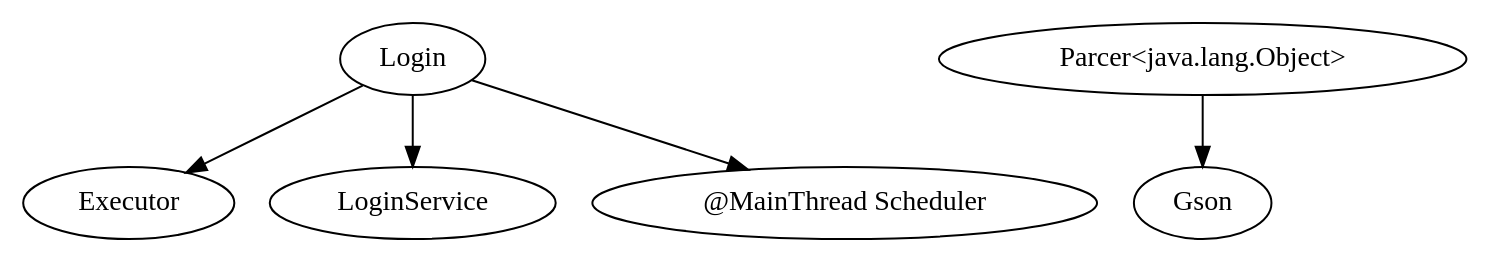
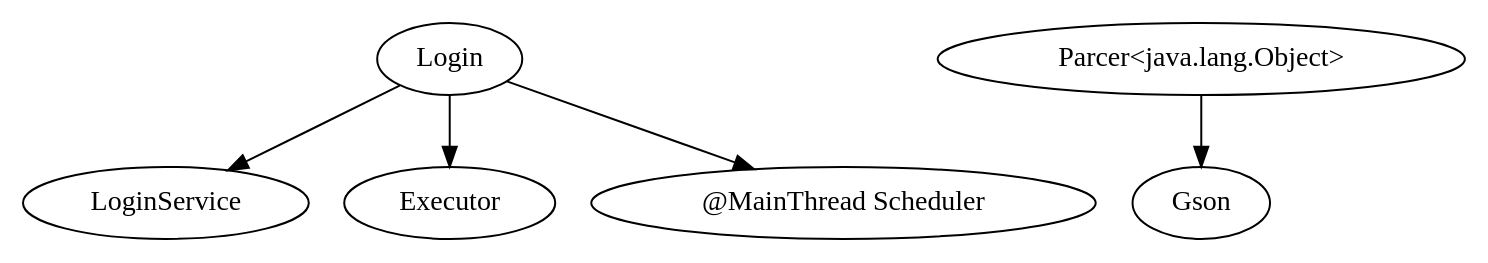
One commit to ganesansays/Topaz-Mortar changed the diagram in target/generated-sources/annotations/com/example/mortar/core/ApplicationModule.dot. Above: the diagram before and after it, drawn with Graphviz. The commit also changed other lines of this file and 14 other files, not shown here.

Commit message:
One flow done with regular ui

```diff
--- a/target/generated-sources/annotations/com/example/mortar/core/ApplicationModule.dot
+++ b/target/generated-sources/annotations/com/example/mortar/core/ApplicationModule.dot
@@ -1,9 +1,9 @@
 digraph G1 {
   concentrate = true;
+  Login -> LoginService;
   Login -> Executor;
-  Login -> LoginService;
   n2 [label="@MainThread Scheduler"];
   Login -> n2;
   n3 [label="Parcer<java.lang.Object>"];
   n3 -> Gson;
 }
```
